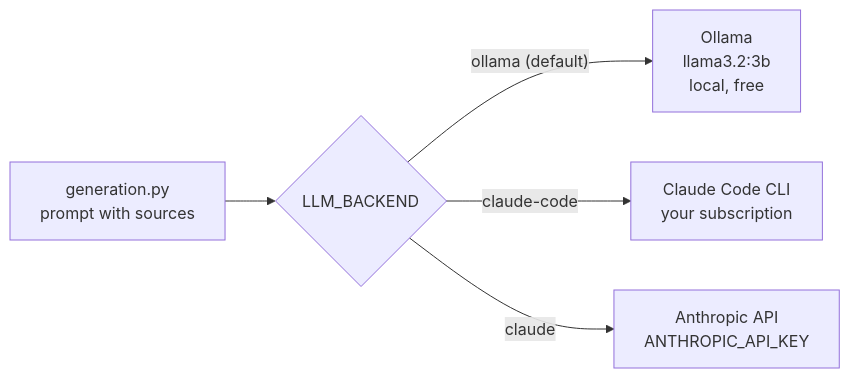
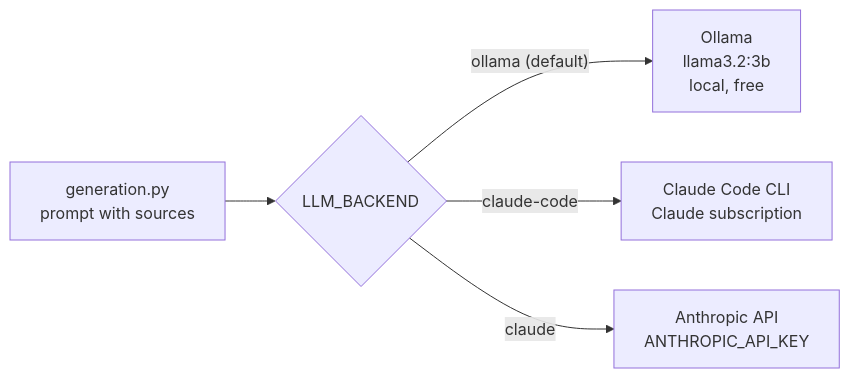
The third of 4 diagrams in README.md (jotavare/rag-from-papers), drawn with Mermaid before and after one commit. The commit also changed other lines of this file, not shown here.

````diff
--- a/README.md
+++ b/README.md
@@ -91,7 +106,7 @@
 ```mermaid
 flowchart LR
     G["generation.py<br/>prompt with sources"] --> B{"LLM_BACKEND"}
     B -->|"ollama (default)"| O["Ollama<br/>llama3.2:3b<br/>local, free"]
-    B -->|"claude-code"| CC["Claude Code CLI<br/>your subscription"]
+    B -->|"claude-code"| CC["Claude Code CLI<br/>Claude subscription"]
     B -->|"claude"| API["Anthropic API<br/>ANTHROPIC_API_KEY"]
 ```
````
